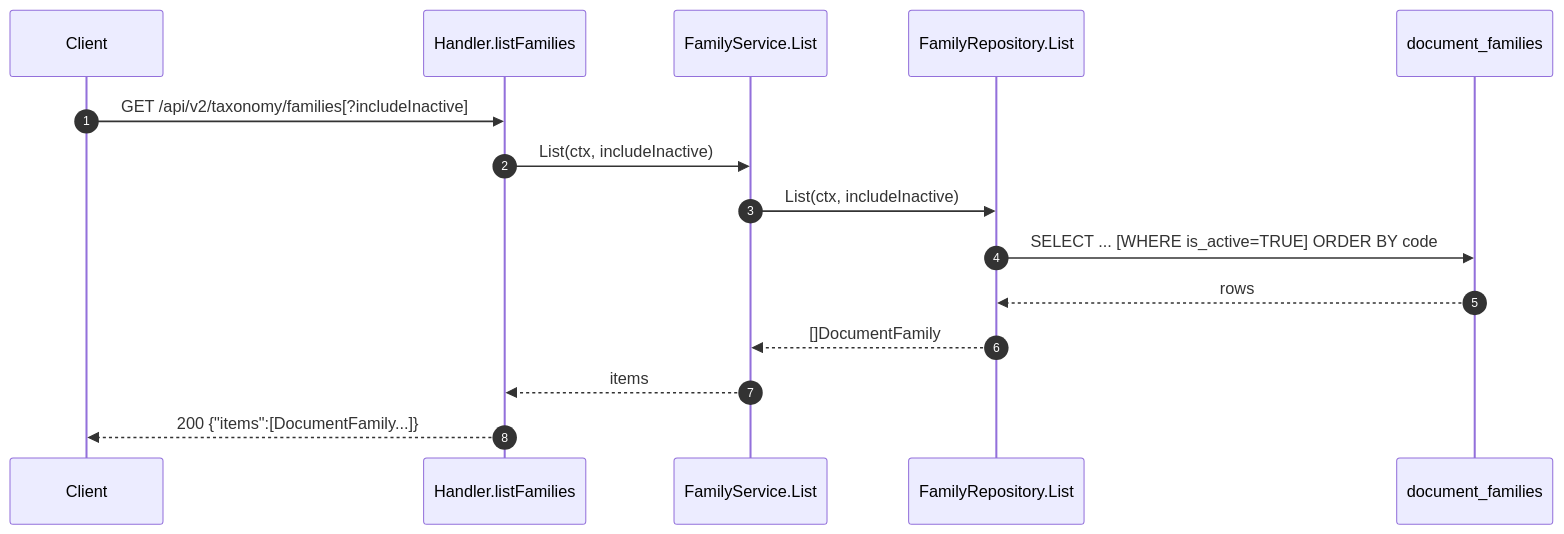
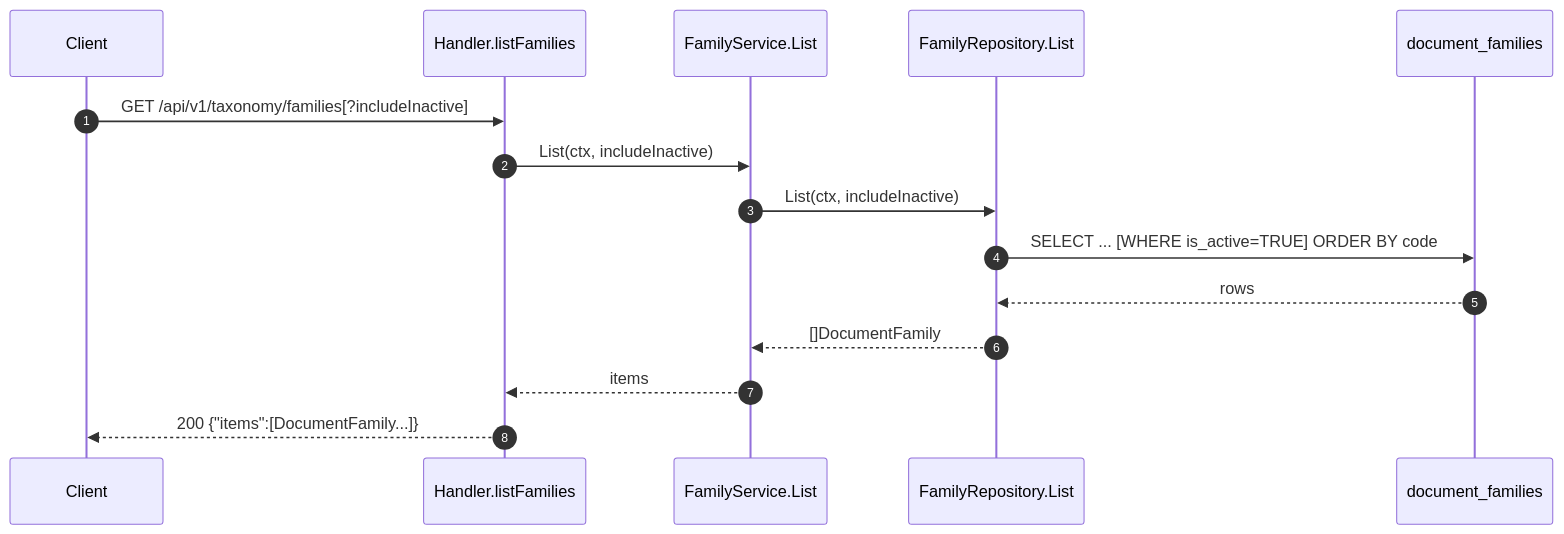
The third of 5 diagrams in wiki/modules/taxonomy.md (developmentconexus-ops/MetalDocs), drawn with Mermaid before and after one commit. The commit also changed other lines of this file and 137 other files, not shown here.

````diff
--- a/wiki/modules/taxonomy.md
+++ b/wiki/modules/taxonomy.md
@@ -218,17 +218,17 @@
 ```mermaid
 sequenceDiagram
     autonumber
     participant C as Client
     participant H as Handler.listFamilies
     participant S as FamilyService.List
     participant R as FamilyRepository.List
     participant DB as document_families
-    C->>H: GET /api/v2/taxonomy/families[?includeInactive]
+    C->>H: GET /api/v1/taxonomy/families[?includeInactive]
     H->>S: List(ctx, includeInactive)
     S->>R: List(ctx, includeInactive)
     R->>DB: SELECT ... [WHERE is_active=TRUE] ORDER BY code
     DB-->>R: rows
     R-->>S: []DocumentFamily
     S-->>H: items
     H-->>C: 200 {"items":[DocumentFamily...]}
 ```
````
